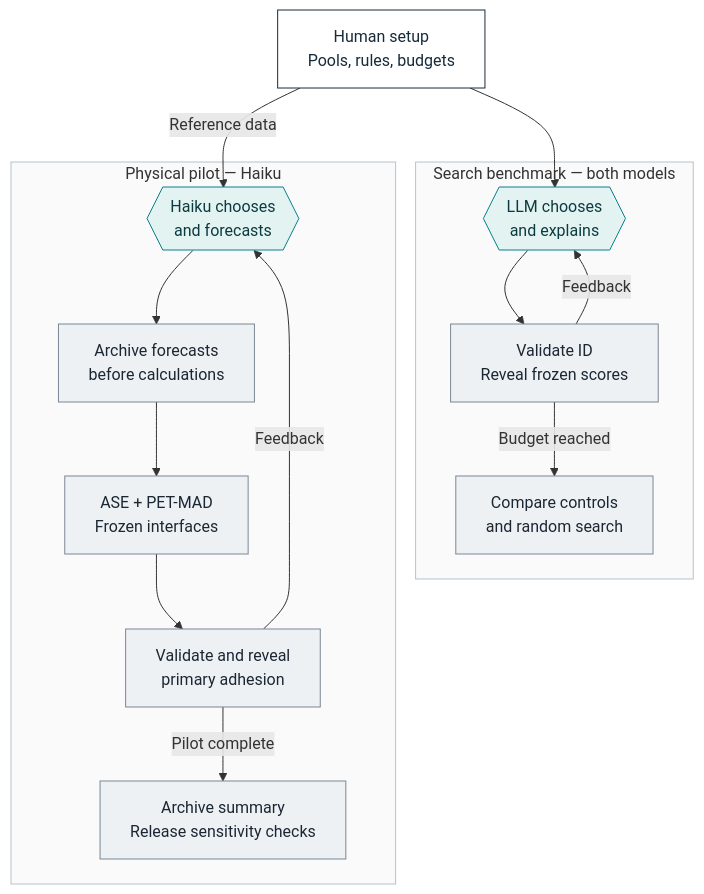
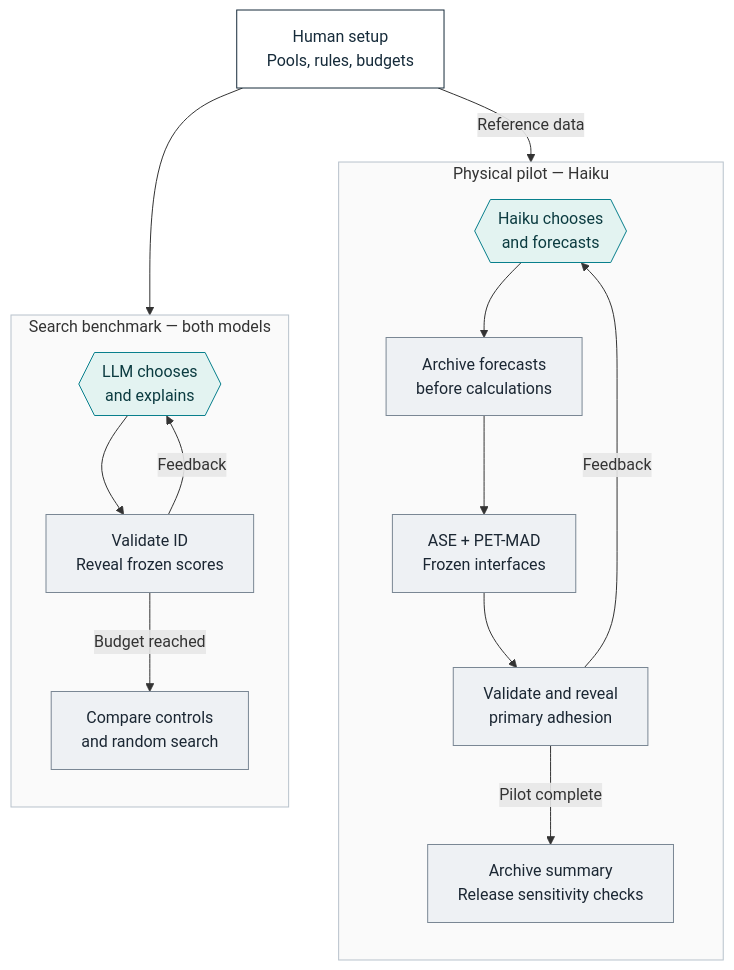
The first of 2 diagrams in README.md (DavideTisi/interphAIse), drawn with Mermaid before and after one commit.

Commit message:
Align the two workflow panels beneath human setup

````diff
--- a/README.md
+++ b/README.md
@@ -28,36 +28,38 @@
 ```mermaid
 flowchart TB
     H["Human setup<br/>Pools, rules, budgets"]
 
     subgraph B["Search benchmark — both models"]
+        direction TB
         L{{"LLM chooses<br/>and explains"}}
         Q["Validate ID<br/>Reveal frozen scores"]
         A["Compare controls<br/>and random search"]
         L --> Q
         Q -- "Feedback" --> L
         Q -- "Budget reached" --> A
     end
 
     subgraph P["Physical pilot — Haiku"]
+        direction TB
         C{{"Haiku chooses<br/>and forecasts"}}
         D["Archive forecasts<br/>before calculations"]
         M["ASE + PET-MAD<br/>Frozen interfaces"]
         V["Validate and reveal<br/>primary adhesion"]
         F["Archive summary<br/>Release sensitivity checks"]
         C --> D --> M --> V
         V -- "Feedback" --> C
         V -- "Pilot complete" --> F
     end
 
-    H --> L
-    H -- "Reference data" --> C
+    H --> B
+    H -- "Reference data" --> P
 
     classDef llm fill:#e3f3f1,stroke:#087f8c,color:#0b3b40
     classDef tools fill:#eef1f4,stroke:#7a8794,color:#1b2733
     classDef human fill:#ffffff,stroke:#162b3a,color:#162b3a
     class L,C llm
     class Q,A,D,M,V,F tools
     class H human
     style B fill:#fafafa,stroke:#b8c2cc
     style P fill:#fafafa,stroke:#b8c2cc
 ```
````
